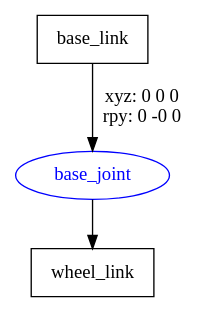
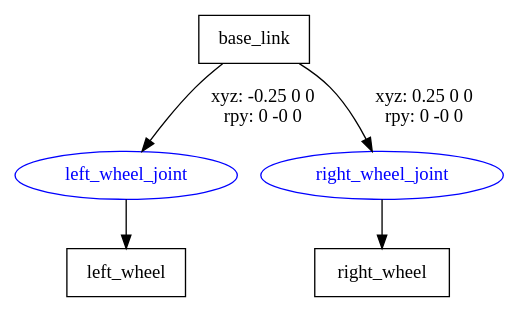
One commit to mulempyo/my_first_ros_robot changed the diagram in src/my_kwj_urdf/KWJBot.gv. Above: the diagram before and after it, drawn with Graphviz. The commit also changed 16 other files, not shown here.

```diff
--- a/src/my_kwj_urdf/KWJBot.gv
+++ b/src/my_kwj_urdf/KWJBot.gv
@@ -1,8 +1,11 @@
 digraph G {
 node [shape=box];
 "base_link" [label="base_link"];
-"wheel_link" [label="wheel_link"];
+"left_wheel" [label="left_wheel"];
+"right_wheel" [label="right_wheel"];
 node [shape=ellipse, color=blue, fontcolor=blue];
-"base_link" -> "base_joint" [label="xyz: 0 0 0 \nrpy: 0 -0 0"]
-"base_joint" -> "wheel_link"
+"base_link" -> "left_wheel_joint" [label="xyz: -0.25 0 0 \nrpy: 0 -0 0"]
+"left_wheel_joint" -> "left_wheel"
+"base_link" -> "right_wheel_joint" [label="xyz: 0.25 0 0 \nrpy: 0 -0 0"]
+"right_wheel_joint" -> "right_wheel"
 }
```
